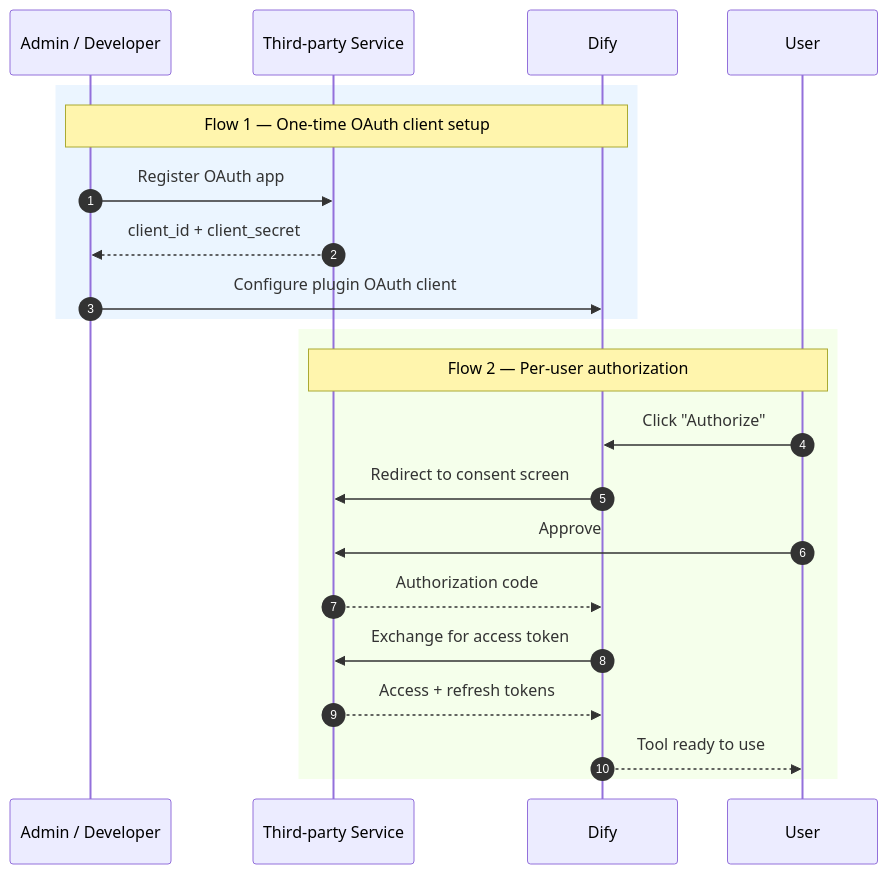
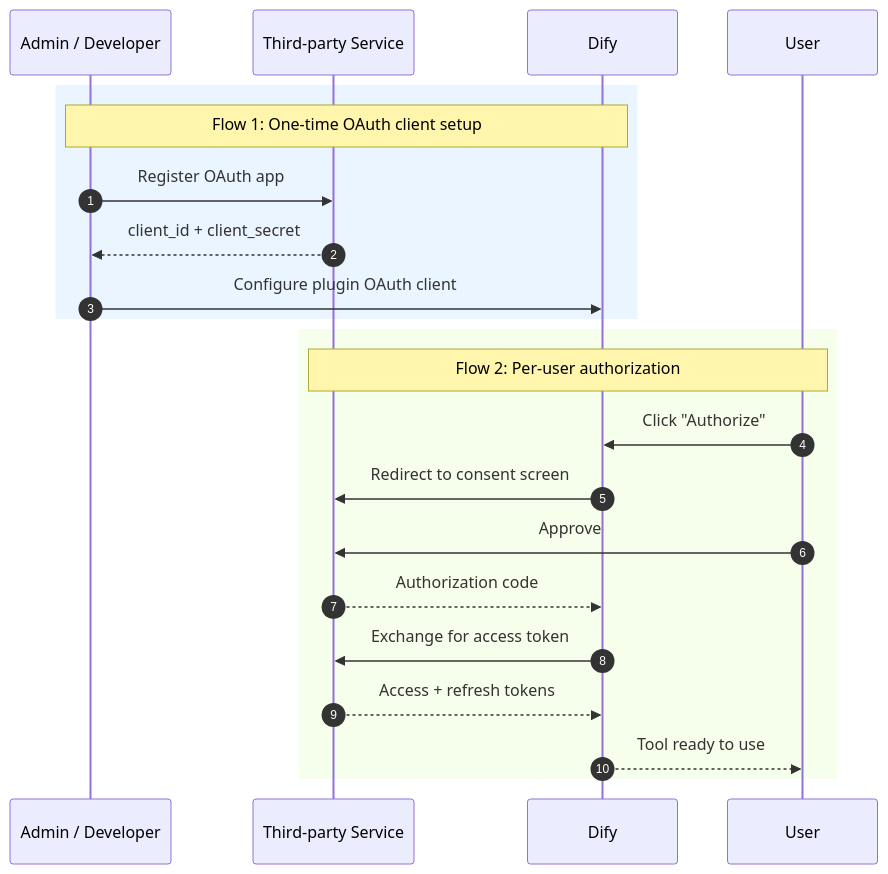
One commit to langgenius/dify-docs changed the diagram in en/develop-plugin/dev-guides-and-walkthroughs/tool-oauth.mdx. Above: the diagram before and after it, drawn with Mermaid. The commit also changed other lines of this file and 23 other files, not shown here.

````diff
--- a/en/develop-plugin/dev-guides-and-walkthroughs/tool-oauth.mdx
+++ b/en/develop-plugin/dev-guides-and-walkthroughs/tool-oauth.mdx
@@ -18,26 +18,26 @@
 ```mermaid
 sequenceDiagram
     autonumber
     participant Admin as Admin / Developer
     participant Service as Third-party Service
     participant Dify
     participant User
 
     rect rgb(235, 245, 255)
-    Note over Admin,Dify: Flow 1 — One-time OAuth client setup
+    Note over Admin,Dify: Flow 1: One-time OAuth client setup
     Admin->>Service: Register OAuth app
     Service-->>Admin: client_id + client_secret
     Admin->>Dify: Configure plugin OAuth client
     end
 
     rect rgb(245, 255, 235)
-    Note over User,Service: Flow 2 — Per-user authorization
+    Note over User,Service: Flow 2: Per-user authorization
     User->>Dify: Click "Authorize"
     Dify->>Service: Redirect to consent screen
     User->>Service: Approve
     Service-->>Dify: Authorization code
     Dify->>Service: Exchange for access token
     Service-->>Dify: Access + refresh tokens
     Dify-->>User: Tool ready to use
     end
 ```
````
